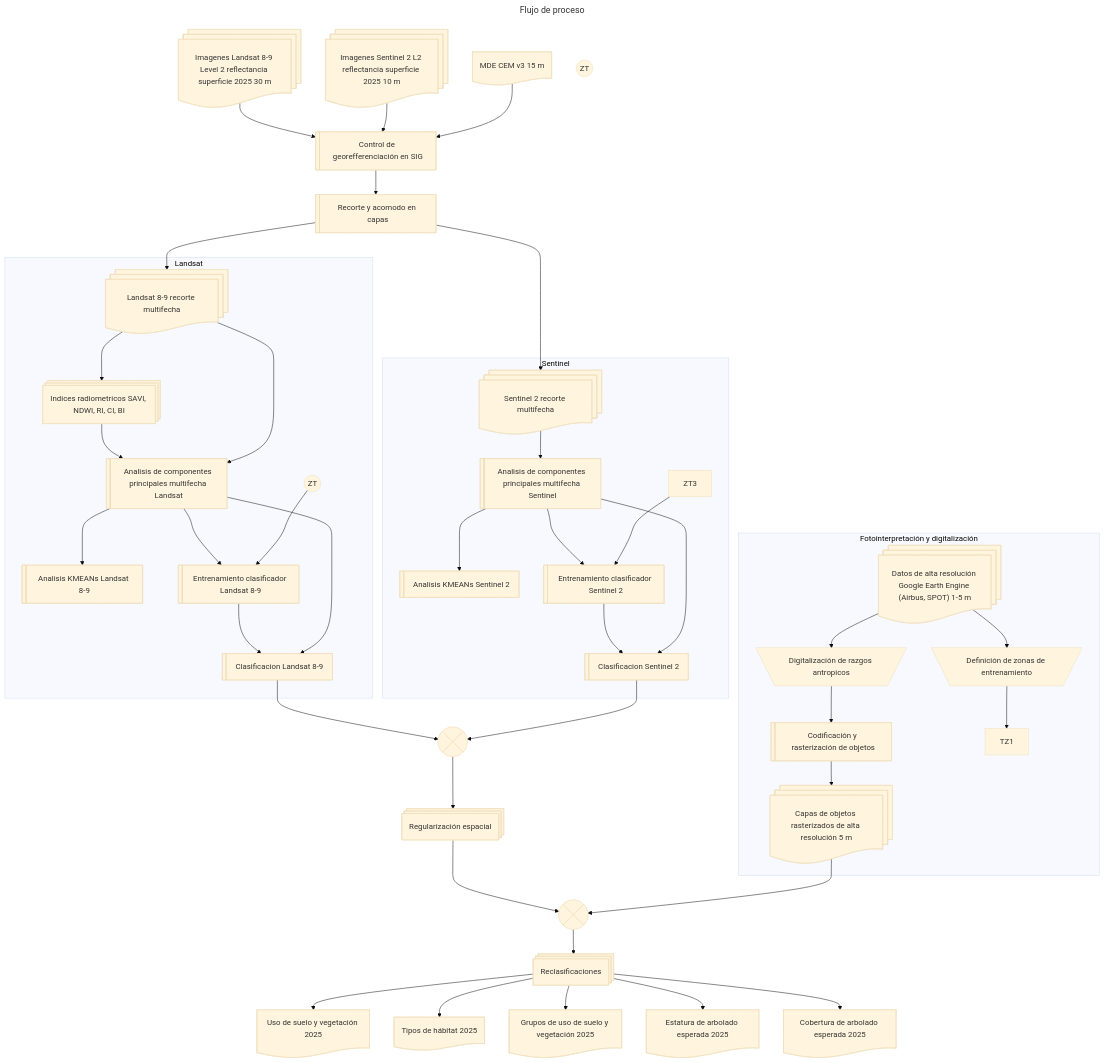
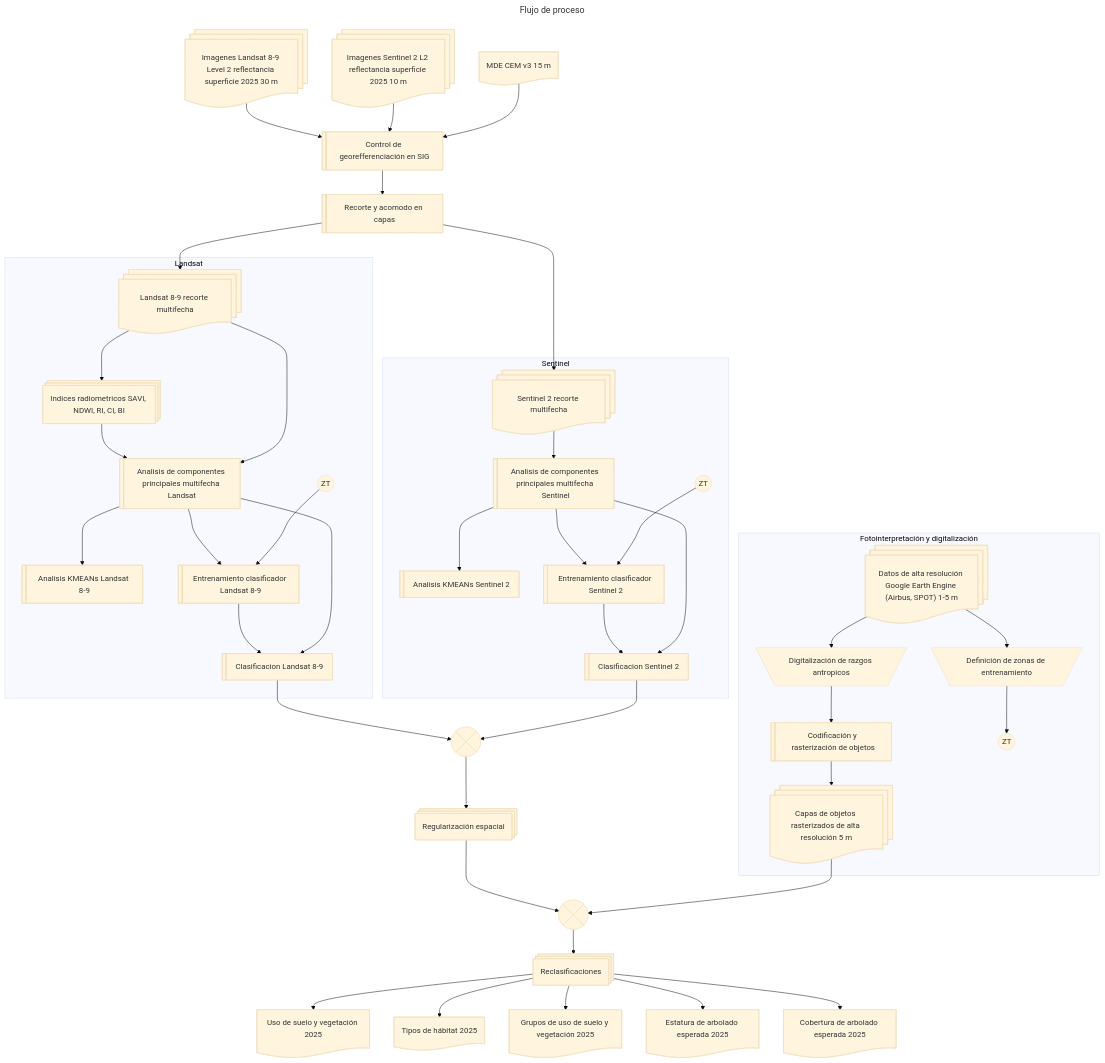
Before and after one commit to vshalisko/mixed_GIS_related_scripts: the diagram in LULC/Tapalpa_flujo_de_proceso.mermaid, drawn with Mermaid (base theme).

```diff
--- a/LULC/Tapalpa_flujo_de_proceso.mermaid
+++ b/LULC/Tapalpa_flujo_de_proceso.mermaid
@@ -1,85 +1,85 @@
 ---
 title: Flujo de proceso
 ---
 flowchart TD
     L8@{ shape: docs, label: "Imagenes Landsat 8-9 Level 2 reflectancia superficie 2025 30 m"}
     S2@{ shape: docs, label: "Imagenes Sentinel 2 L2 reflectancia superficie 2025 10 m"}
     HR@{ shape: docs, label: "Datos de alta resolución Google Earth Engine (Airbus, SPOT) 1-5 m"}
     MDE@{ shape: doc, label: "MDE CEM v3 15 m"}
     SIG@{ shape: lin-rect, label: "Control de georefferenciación en SIG"}
     CLIP@{ shape: lin-rect, label: "Recorte y acomodo en capas"}
     SAVI@{ shape: procs, label: "Indices radiometricos SAVI, NDWI, RI, CI, BI"}
     PCA1@{ shape: lin-rect, label: "Analisis de componentes principales multifecha Landsat"}
     PCA2@{ shape: lin-rect, label: "Analisis de componentes principales multifecha Sentinel"}
     L8C@{ shape: docs, label: "Landsat 8-9 recorte multifecha"}
     S2C@{ shape: docs, label: "Sentinel 2 recorte multifecha"}
     DIG@{ shape: trap-t, label: "Digitalización de razgos antropicos"}
     DIGR@{ shape: lin-rect, label: "Codificación y rasterización de objetos"}
     HRR@{ shape: docs, label: "Capas de objetos rasterizados de alta resolución 5 m"}
     TZ@{ shape: trap-t, label: "Definición de zonas de entrenamiento"}
     ZT1@{ shape: circle, label: "ZT" }
     ZT2@{ shape: circle, label: "ZT" }
-    ZT2@{ shape: circle, label: "ZT" }
+    ZT3@{ shape: circle, label: "ZT" }
     KMEAN1@{ shape: lin-rect, label: "Analisis KMEANs Landsat 8-9"}
     KMEAN2@{ shape: lin-rect, label: "Analisis KMEANs Sentinel 2"}
     TRAIN1@{ shape: lin-rect, label: "Entrenamiento clasificador Landsat 8-9"}
     TRAIN2@{ shape: lin-rect, label: "Entrenamiento clasificador Sentinel 2"}
     CLASS1@{ shape: lin-rect, label: "Clasificacion Landsat 8-9"}
     CLASS2@{ shape: lin-rect, label: "Clasificacion Sentinel 2"}
     REG@{ shape: procs, label: "Regularización espacial"}
     FUS1@{ shape: cross-circ, label: "Fusión de clasificaicones" }
     FUS2@{ shape: cross-circ, label: "Fusión con objetos rasterizados" }
     RECLASS@{ shape: procs, label: "Reclasificaciones"}
     LULC@{ shape: doc, label: "Uso de suelo y vegetación 2025"}
     LULCG@{ shape: doc, label: "Grupos de uso de suelo y vegetación 2025"}
     LULCH@{ shape: doc, label: "Tipos de hábitat 2025"}
     LULCA@{ shape: doc, label: "Estatura de arbolado esperada 2025"}
     LULCC@{ shape: doc, label: "Cobertura de arbolado esperada 2025"}
 
     L8-->SIG
     S2-->SIG
     MDE-->SIG
     SIG-->CLIP
     CLIP-->L8C
     CLIP-->S2C
 
+    subgraph s3["Fotointerpretación y digitalización"]
+        HR-->TZ
+        TZ-->ZT1
+        HR-->DIG
+        DIG-->DIGR
+        DIGR-->HRR
+    end
+
     subgraph s1["Landsat"]
         L8C-->SAVI
         SAVI-->PCA1
         L8C-->PCA1
         PCA1-->KMEAN1
         PCA1-->TRAIN1
         ZT2-->TRAIN1
         TRAIN1-->CLASS1
         PCA1-->CLASS1
     end
     subgraph s2["Sentinel"]
         S2C-->PCA2
         PCA2-->KMEAN2
         PCA2-->TRAIN2
         ZT3-->TRAIN2
         TRAIN2-->CLASS2
         PCA2-->CLASS2
     end
 
     CLASS1-->FUS1
     CLASS2-->FUS1
 
-    subgraph s3["Fotointerpretación y digitalización"]
-        HR-->TZ
-        TZ-->TZ1
-        HR-->DIG
-        DIG-->DIGR
-        DIGR-->HRR
-    end
-
     FUS1-->REG
     REG-->FUS2
     HRR-->FUS2
 
     FUS2-->RECLASS
     RECLASS-->LULC
     RECLASS-->LULCH
     RECLASS-->LULCG
     RECLASS-->LULCA
     RECLASS-->LULCC
```
